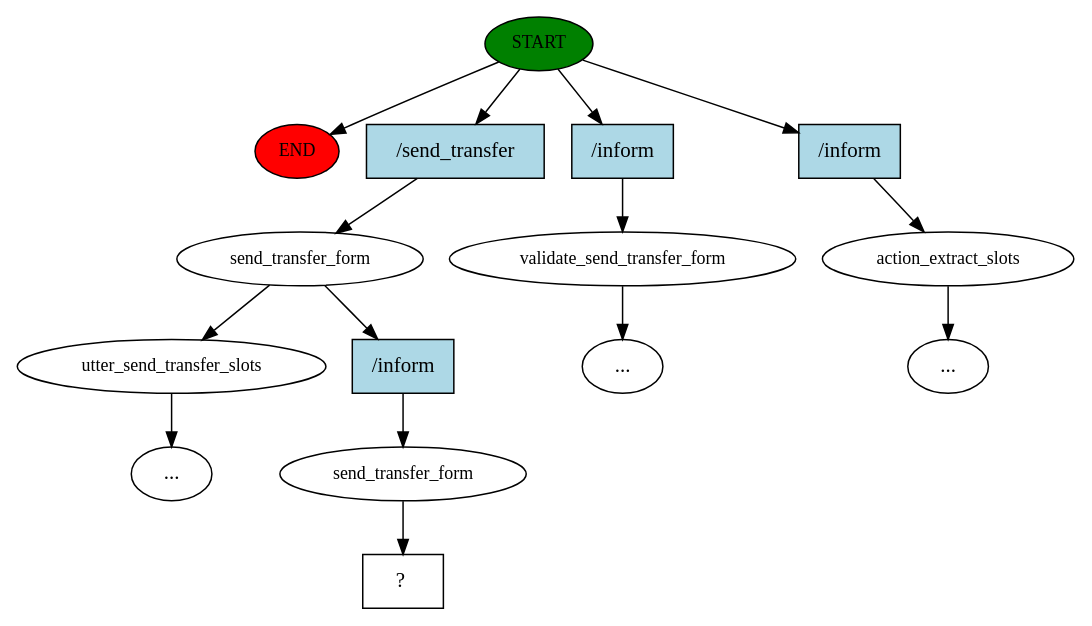
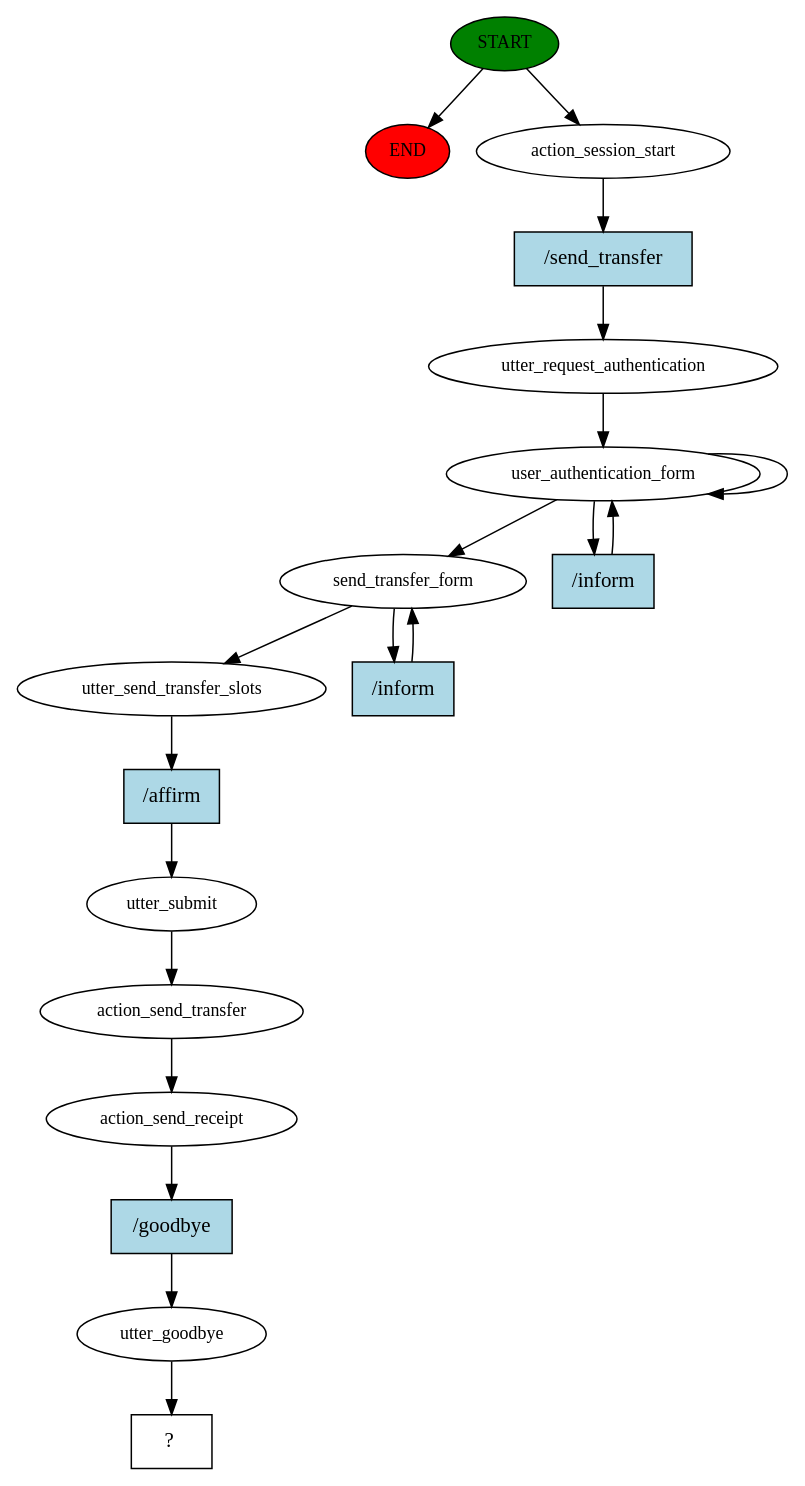
The diagram in rasa/story_graph.dot (masehdh/sinbad-telephone-banking), drawn with Graphviz before and after one commit. The commit also changed 16 other files, not shown here.

```diff
--- a/rasa/story_graph.dot
+++ b/rasa/story_graph.dot
@@ -1,31 +1,38 @@
 digraph  {
 0 [class="start active", fillcolor=green, fontsize=12, label=START, style=filled];
 "-1" [class=end, fillcolor=red, fontsize=12, label=END, style=filled];
-1 [class=active, fontsize=12, label=send_transfer_form];
-2 [class="", fontsize=12, label=utter_send_transfer_slots];
-"-3" [class=ellipsis, label="..."];
-3 [class="", fontsize=12, label=validate_send_transfer_form];
-13 [class="", fontsize=12, label=action_extract_slots];
-"-14" [class=ellipsis, label="..."];
-"-15" [class=ellipsis, label="..."];
-16 [class=active, fontsize=12, label=send_transfer_form];
-17 [class="intent dashed active", label="  ?  ", shape=rect];
-18 [class="intent active", fillcolor=lightblue, label="/send_transfer", shape=rect, style=filled];
-19 [class=intent, fillcolor=lightblue, label="/inform", shape=rect, style=filled];
-20 [class=intent, fillcolor=lightblue, label="/inform", shape=rect, style=filled];
-21 [class="intent active", fillcolor=lightblue, label="/inform", shape=rect, style=filled];
+1 [class=active, fontsize=12, label=action_session_start];
+2 [class=active, fontsize=12, label=utter_request_authentication];
+3 [class=active, fontsize=12, label=user_authentication_form];
+18 [class=active, fontsize=12, label=send_transfer_form];
+21 [class=active, fontsize=12, label=utter_send_transfer_slots];
+22 [class=active, fontsize=12, label=utter_submit];
+23 [class=active, fontsize=12, label=action_send_transfer];
+24 [class=active, fontsize=12, label=action_send_receipt];
+25 [class=active, fontsize=12, label=utter_goodbye];
+26 [class="intent dashed active", label="  ?  ", shape=rect];
+27 [class="intent active", fillcolor=lightblue, label="/send_transfer", shape=rect, style=filled];
+28 [class="intent active", fillcolor=lightblue, label="/inform", shape=rect, style=filled];
+29 [class="intent active", fillcolor=lightblue, label="/inform", shape=rect, style=filled];
+30 [class="intent active", fillcolor=lightblue, label="/affirm", shape=rect, style=filled];
+31 [class="intent active", fillcolor=lightblue, label="/goodbye", shape=rect, style=filled];
 0 -> "-1"  [class="", key=NONE, label=""];
-0 -> 18  [class=active, key=0];
-0 -> 19  [class="", key=0];
-0 -> 20  [class="", key=0];
-1 -> 2  [class="", key=NONE, label=""];
-1 -> 21  [class=active, key=0];
-2 -> "-3"  [class="", key=NONE, label=""];
-3 -> "-15"  [class="", key=NONE, label=""];
-13 -> "-14"  [class="", key=NONE, label=""];
-16 -> 17  [class=active, key=NONE, label=""];
-18 -> 1  [class=active, key=0];
-19 -> 3  [class="", key=0];
-20 -> 13  [class="", key=0];
-21 -> 16  [class=active, key=0];
+0 -> 1  [class=active, key=NONE, label=""];
+1 -> 27  [class=active, key=0];
+2 -> 3  [class=active, key=NONE, label=""];
+3 -> 3  [class=active, key=NONE, label=""];
+3 -> 18  [class=active, key=NONE, label=""];
+3 -> 28  [class=active, key=0];
+18 -> 21  [class=active, key=NONE, label=""];
+18 -> 29  [class=active, key=0];
+21 -> 30  [class=active, key=0];
+22 -> 23  [class=active, key=NONE, label=""];
+23 -> 24  [class=active, key=NONE, label=""];
+24 -> 31  [class=active, key=0];
+25 -> 26  [class=active, key=NONE, label=""];
+27 -> 2  [class=active, key=0];
+28 -> 3  [class=active, key=0];
+29 -> 18  [class=active, key=0];
+30 -> 22  [class=active, key=0];
+31 -> 25  [class=active, key=0];
 }
```
